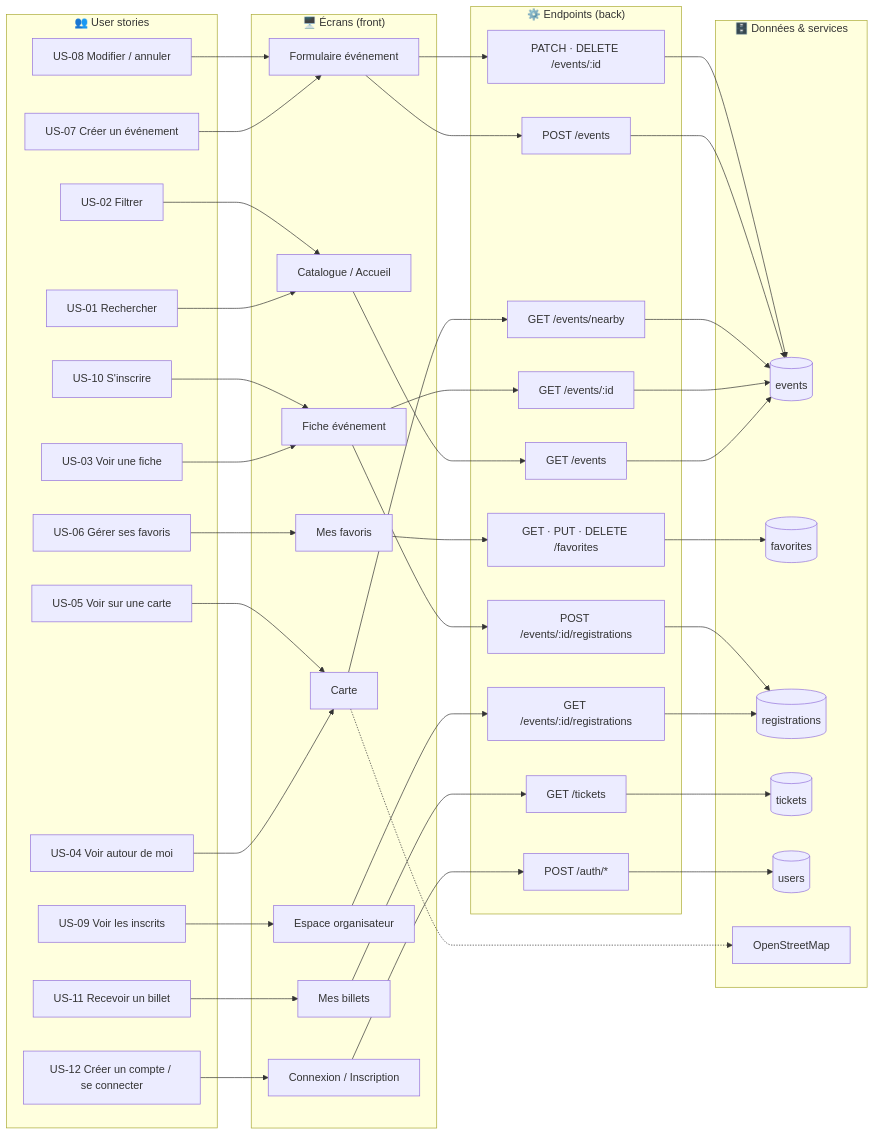
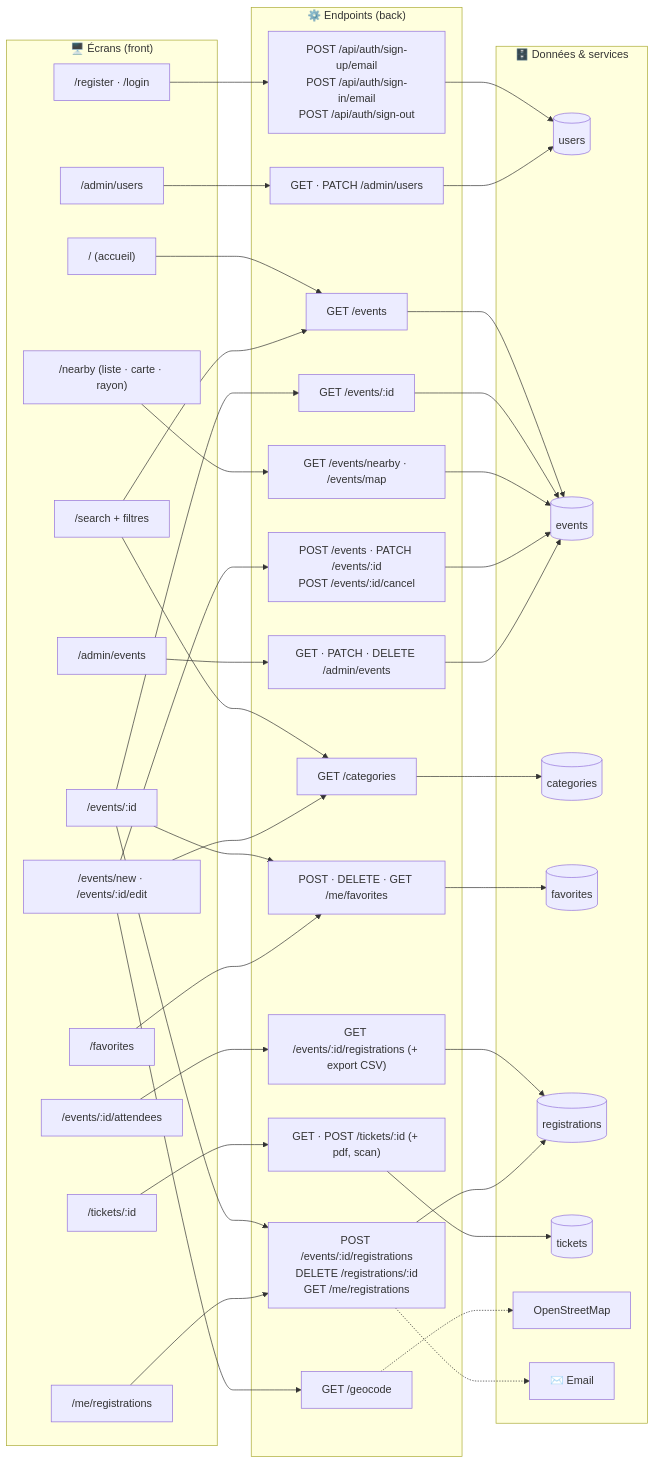
Before and after one commit to RobinSartini/EventsHub: the fifth of 5 diagrams in README.md, drawn with Mermaid. The commit also changed other lines of this file, not shown here.

````diff
--- a/README.md
+++ b/README.md
@@ -134,63 +147,63 @@
 ```mermaid
 flowchart LR
-    subgraph US["👥 User stories"]
-        US1["US-01 Rechercher"]
-        US2["US-02 Filtrer"]
-        US3["US-03 Voir une fiche"]
-        US4["US-04 Voir autour de moi"]
-        US5["US-05 Voir sur une carte"]
-        US6["US-06 Gérer ses favoris"]
-        US7["US-07 Créer un événement"]
-        US8["US-08 Modifier / annuler"]
-        US9["US-09 Voir les inscrits"]
-        US10["US-10 S'inscrire"]
-        US11["US-11 Recevoir un billet"]
-        US12["US-12 Créer un compte / se connecter"]
-    end
-
     subgraph FRONT["🖥️ Écrans (front)"]
-        S1["Catalogue / Accueil"]
-        S2["Fiche événement"]
-        S3["Carte"]
-        S4["Mes favoris"]
-        S5["Formulaire événement"]
-        S6["Espace organisateur"]
-        S7["Mes billets"]
-        S8["Connexion / Inscription"]
+        S1["/register · /login"]
+        S2["/ (accueil)"]
+        S3["/search + filtres"]
+        S4["/events/:id"]
+        S5["/nearby (liste · carte · rayon)"]
+        S6["/favorites"]
+        S7["/events/new · /events/:id/edit"]
+        S8["/events/:id/attendees"]
+        S9["/me/registrations"]
+        S10["/tickets/:id"]
+        S11["/admin/users"]
+        S12["/admin/events"]
     end
 
     subgraph BACK["⚙️ Endpoints (back)"]
-        E1["GET /events"]
-        E2["GET /events/:id"]
-        E3["GET /events/nearby"]
-        E4["GET · PUT · DELETE /favorites"]
-        E5["POST /events"]
-        E6["PATCH · DELETE /events/:id"]
-        E7["GET /events/:id/registrations"]
-        E8["POST /events/:id/registrations"]
-        E9["GET /tickets"]
-        E10["POST /auth/*"]
+        E1["POST /api/auth/sign-up/email<br/>POST /api/auth/sign-in/email<br/>POST /api/auth/sign-out"]
+        E2["GET /events"]
+        E3["GET /categories"]
+        E4["GET /events/:id"]
+        E5["GET /events/nearby · /events/map"]
+        E6["POST · DELETE · GET /me/favorites"]
+        E7["POST /events · PATCH /events/:id<br/>POST /events/:id/cancel"]
+        E8["GET /geocode"]
+        E9["GET /events/:id/registrations (+ export CSV)"]
+        E10["POST /events/:id/registrations<br/>DELETE /registrations/:id<br/>GET /me/registrations"]
+        E11["GET · POST /tickets/:id (+ pdf, scan)"]
+        E12["GET · PATCH /admin/users"]
+        E13["GET · PATCH · DELETE /admin/events"]
     end
 
     subgraph DATA["🗄️ Données & services"]
-        D1[("events")]
-        D2[("favorites")]
-        D3[("registrations")]
-        D4[("tickets")]
-        D5[("users")]
+        D1[("users")]
+        D2[("events")]
+        D3[("categories")]
+        D4[("favorites")]
+        D5[("registrations")]
+        D6[("tickets")]
         OSM["OpenStreetMap"]
+        MAIL["✉️ Email"]
     end
 
-    US1 & US2 --> S1 --> E1 --> D1
-    US3 --> S2 --> E2 --> D1
-    US4 --> S3 --> E3 --> D1
-    US5 --> S3
-    S3 -.-> OSM
-    US6 --> S4 --> E4 --> D2
-    US7 --> S5 --> E5 --> D1
-    US8 --> S5 --> E6 --> D1
-    US9 --> S6 --> E7 --> D3
-    US10 --> S2 --> E8 --> D3
-    US11 --> S7 --> E9 --> D4
-    US12 --> S8 --> E10 --> D5
+    S1 --> E1 --> D1
+    S2 --> E2 --> D2
+    S3 --> E2
+    S3 --> E3 --> D3
+    S4 --> E4 --> D2
+    S4 --> E6
+    S4 --> E10
+    S5 --> E5 --> D2
+    S6 --> E6 --> D4
+    S7 --> E7 --> D2
+    S7 --> E3
+    S7 --> E8 -.-> OSM
+    S8 --> E9 --> D5
+    S9 --> E10 --> D5
+    S10 --> E11 --> D6
+    S11 --> E12 --> D1
+    S12 --> E13 --> D2
+    E10 -.-> MAIL
 ```
````
